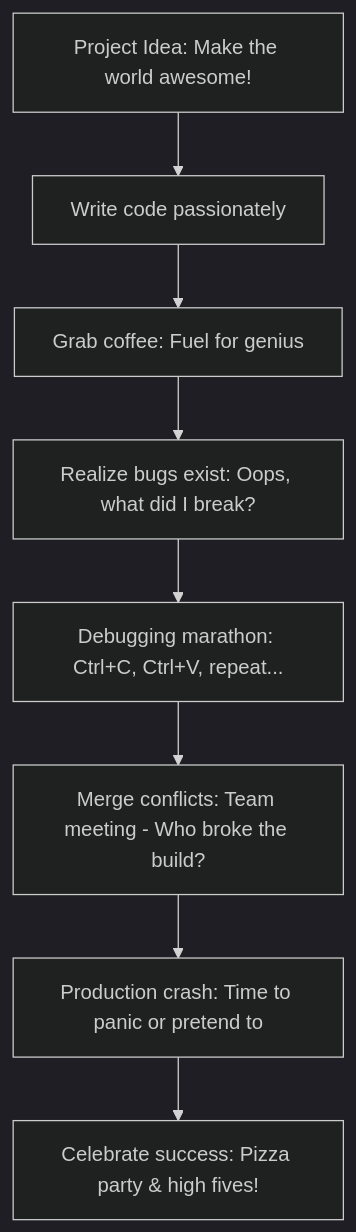
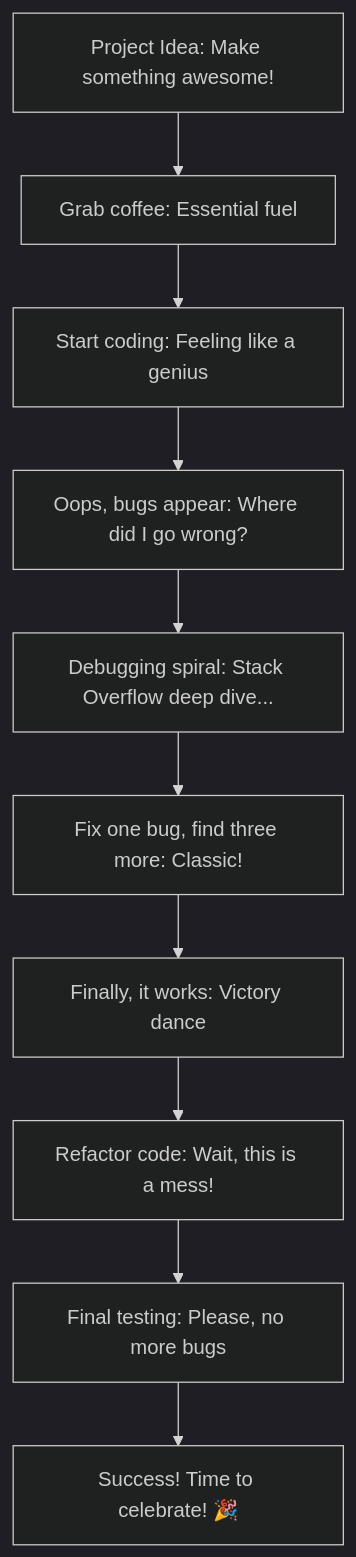
Before and after one commit to xf6i/xf6i: the diagram in README.md, drawn with Mermaid (dark theme).

````diff
--- a/README.md
+++ b/README.md
@@ -133,10 +133,13 @@
   ```mermaid
 flowchart TD
-    A[Project Idea: Make the world awesome!] --> B[Write code passionately]
-    B --> C[Grab coffee: Fuel for genius]
-    C --> D[Realize bugs exist: Oops, what did I break?]
-    D --> E[Debugging marathon: Ctrl+C, Ctrl+V, repeat...]
-    E --> F[Merge conflicts: Team meeting - Who broke the build?]
-    F --> H[Production crash: Time to panic or pretend to]
-    H --> J[Celebrate success: Pizza party & high fives!]
+    A[Project Idea: Make something awesome!] 
+    A --> B[Grab coffee: Essential fuel]
+    B --> C[Start coding: Feeling like a genius]
+    C --> D[Oops, bugs appear: Where did I go wrong?]
+    D --> E[Debugging spiral: Stack Overflow deep dive...]
+    E --> F[Fix one bug, find three more: Classic!]
+    F --> G[Finally, it works: Victory dance]
+    G --> H[Refactor code: Wait, this is a mess!]
+    H --> I[Final testing: Please, no more bugs]
+    I --> J[Success! Time to celebrate! 🎉]
 ```
````
